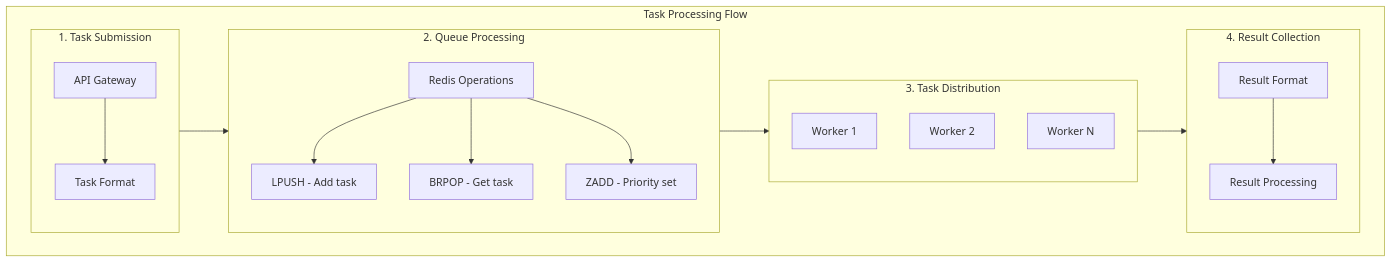
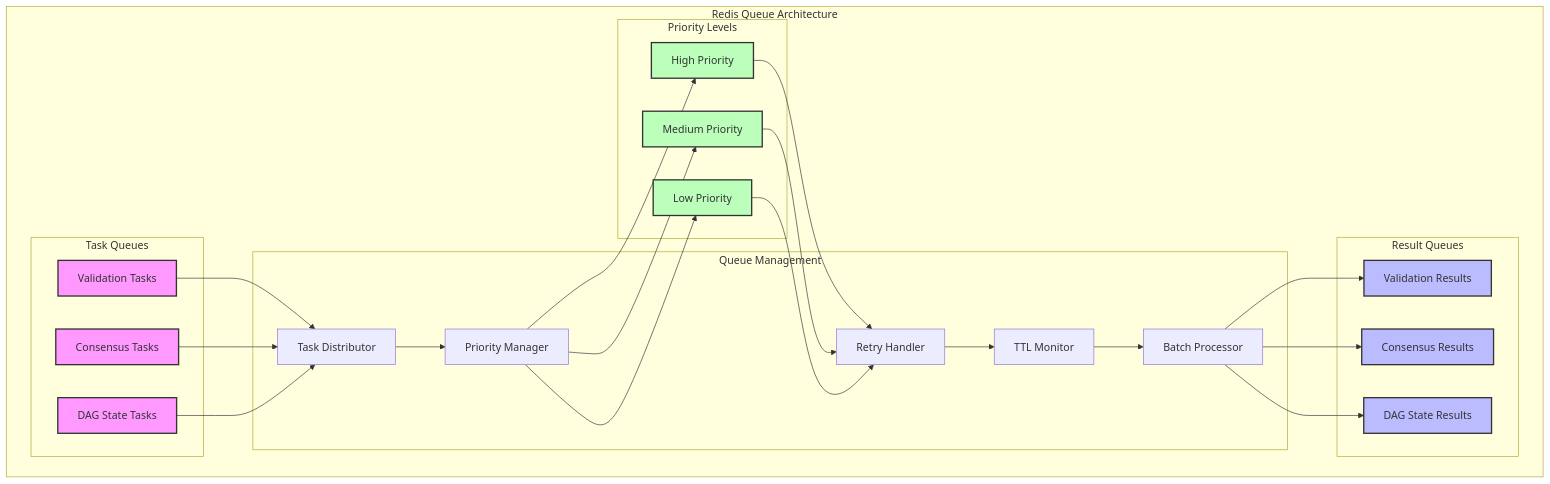
The first of 3 diagrams in README.md (Final-Project-13520137/avalanche-parallel), drawn with Mermaid before and after one commit.

Commit message:
fix readme redis queue

````diff
--- a/README.md
+++ b/README.md
@@ -1133,36 +1133,54 @@
 ```mermaid
-flowchart TB
-    subgraph Flow["Task Processing Flow"]
-        subgraph Submit["1. Task Submission"]
-            AG["API Gateway"]
-            TF["Task Format"]
-            AG --> TF
+graph TB
+    subgraph RQ["Redis Queue Architecture"]
+        subgraph Tasks["Task Queues"]
+            VT["Validation Tasks"]
+            CT["Consensus Tasks"]
+            DST["DAG State Tasks"]
         end
-
-        subgraph Process["2. Queue Processing"]
-            RO["Redis Operations"]
-            LPUSH["LPUSH - Add task"]
-            BRPOP["BRPOP - Get task"]
-            ZADD["ZADD - Priority set"]
-            RO --> LPUSH
-            RO --> BRPOP
-            RO --> ZADD
+        
+        subgraph Results["Result Queues"]
+            VR["Validation Results"]
+            CR["Consensus Results"]
+            DSR["DAG State Results"]
         end
-
-        subgraph Distribute["3. Task Distribution"]
-            W1["Worker 1"]
-            W2["Worker 2"]
-            WN["Worker N"]
+        
+        subgraph Management["Queue Management"]
+            TD["Task Distributor"]
+            PQ["Priority Manager"]
+            RM["Retry Handler"]
+            TM["TTL Monitor"]
+            BP["Batch Processor"]
         end
-
-        subgraph Result["4. Result Collection"]
-            RF["Result Format"]
-            RP["Result Processing"]
-            RF --> RP
+        
+        subgraph Priorities["Priority Levels"]
+            H["High Priority"]
+            M["Medium Priority"]
+            L["Low Priority"]
         end
     end
-
-    Submit --> Process
-    Process --> Distribute
-    Distribute --> Result
+    
+    VT --> TD
+    CT --> TD
+    DST --> TD
+    TD --> PQ
+    PQ --> H
+    PQ --> M
+    PQ --> L
+    H --> RM
+    M --> RM
+    L --> RM
+    RM --> TM
+    TM --> BP
+    BP --> VR
+    BP --> CR
+    BP --> DSR
+    
+    classDef primary fill:#f9f,stroke:#333,stroke-width:2px
+    classDef secondary fill:#bbf,stroke:#333,stroke-width:2px
+    classDef tertiary fill:#bfb,stroke:#333,stroke-width:2px
+    
+    class VT,CT,DST primary
+    class VR,CR,DSR secondary
+    class H,M,L tertiary
 ```
````
